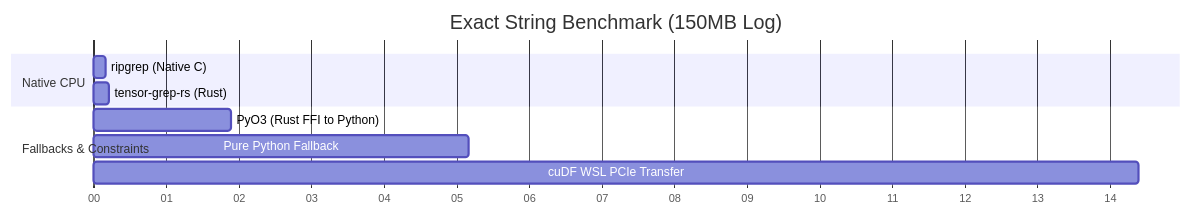
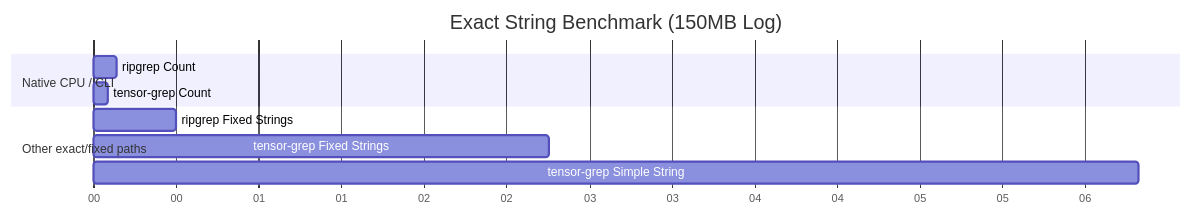
Before and after one commit to oimiragieo/tensor-grep: the third of 3 diagrams in docs/PAPER.md, drawn with Mermaid. The commit also changed other lines of this file and 1 other file, not shown here.

````diff
--- a/docs/PAPER.md
+++ b/docs/PAPER.md
@@ -104,15 +124,15 @@
 ```mermaid
 gantt
     title Exact String Benchmark (150MB Log)
     dateFormat  s
     axisFormat %S
     
-    section Native CPU
-    ripgrep (Native C)         :a1, 0, 0.17s
-    tensor-grep-rs (Rust)      :a2, 0, 0.21s
+    section Native CPU / CLI
+    ripgrep Count              :a1, 0, 0.137s
+    tensor-grep Count          :a2, 0, 0.088s
     
-    section Fallbacks & Constraints
-    PyO3 (Rust FFI to Python)  :a3, 0, 1.9s
-    Pure Python Fallback       :a4, 0, 5.17s
-    cuDF WSL PCIe Transfer     :a5, 0, 14.40s
+    section Other exact/fixed paths
+    ripgrep Fixed Strings      :a3, 0, 0.500s
+    tensor-grep Fixed Strings  :a4, 0, 2.760s
+    tensor-grep Simple String  :a5, 0, 6.326s
 ```
````
